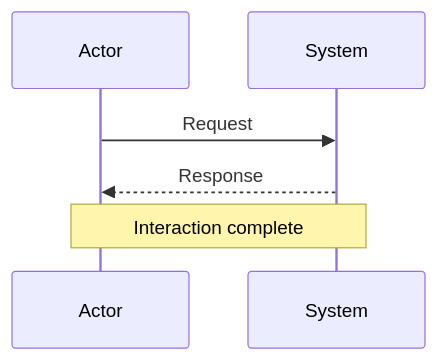
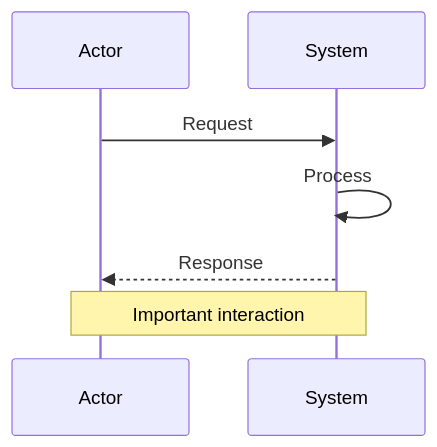
One commit to AlexFiliakov/iQuest changed the fourth of 7 diagrams in .claude/commands/simone/mermaid.md. Above: the diagram before and after it, drawn with Mermaid. The commit also changed other lines of this file and 9 other files, not shown here.

First line of the commit message:
docs: update architecture documentation and project specs

````diff
--- a/.claude/commands/simone/mermaid.md
+++ b/.claude/commands/simone/mermaid.md
@@ -163,8 +108,11 @@
 ```mermaid
 sequenceDiagram
     participant A as Actor
-    participant S as System
-    A->>S: Request
-    S-->>A: Response
-    Note over A,S: Interaction complete
+    participant B as System
+    
+    A->>B: Request
+    B->>B: Process
+    B-->>A: Response
+    
+    Note over A,B: Important interaction
 ```
````
